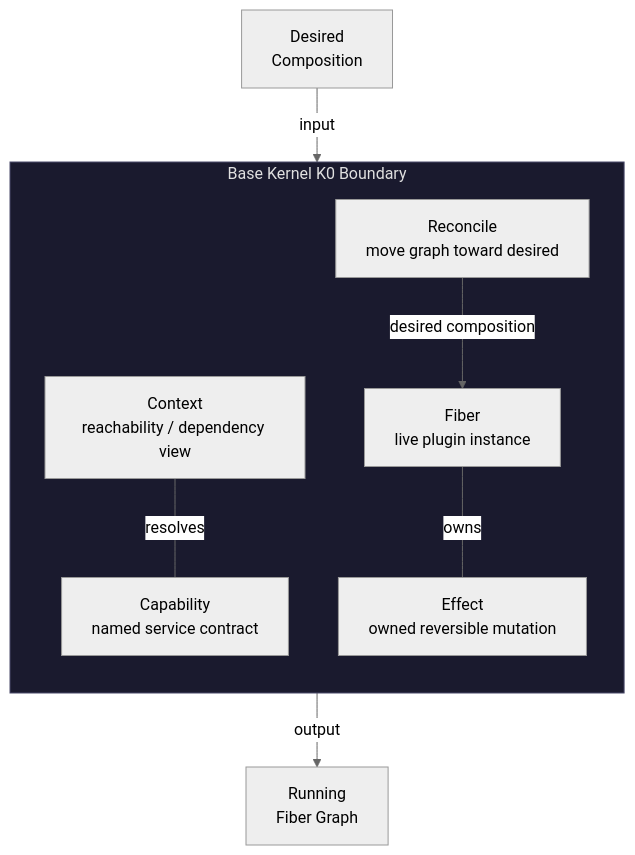
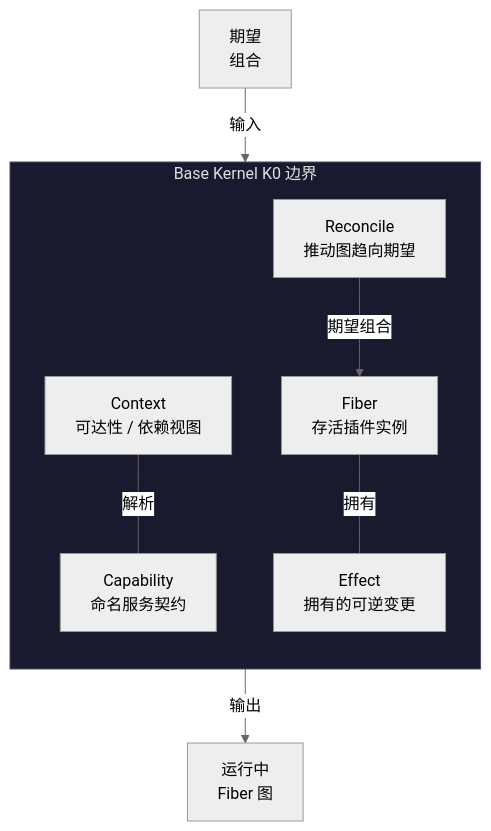
One commit to jnhu76/qianqian changed the diagram in website/architecture/base-kernel.md. Above: the diagram before and after it, drawn with Mermaid (neutral theme). The commit also changed other lines of this file and 22 other files, not shown here.

````diff
--- a/website/architecture/base-kernel.md
+++ b/website/architecture/base-kernel.md
@@ -16,20 +16,20 @@
 ```mermaid
 flowchart TB
-    subgraph K0["Base Kernel K0 Boundary"]
+    subgraph K0["Base Kernel K0 边界"]
         direction TB
-        C["Context<br/>reachability / dependency view"]
-        CAP["Capability<br/>named service contract"]
-        F["Fiber<br/>live plugin instance"]
-        E["Effect<br/>owned reversible mutation"]
-        R["Reconcile<br/>move graph toward desired"]
+        C["Context<br/>可达性 / 依赖视图"]
+        CAP["Capability<br/>命名服务契约"]
+        F["Fiber<br/>存活插件实例"]
+        E["Effect<br/>拥有的可逆变更"]
+        R["Reconcile<br/>推动图趋向期望"]
 
-        C ---|"resolves"| CAP
-        F ---|"owns"| E
-        R -->|"desired composition"| F
+        C ---|"解析"| CAP
+        F ---|"拥有"| E
+        R -->|"期望组合"| F
     end
 
-    Desired["Desired<br/>Composition"] -->|"input"| R
-    R -->|"output"| Running["Running<br/>Fiber Graph"]
+    Desired["期望<br/>组合"] -->|"输入"| R
+    R -->|"输出"| Running["运行中<br/>Fiber 图"]
 
     style K0 fill:#1a1a2e,stroke:#4a4a6a,color:#e0e0e0
 ```
````
